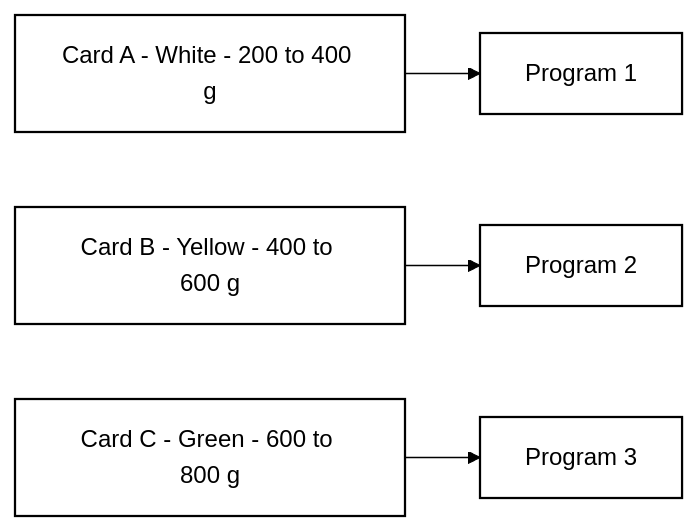
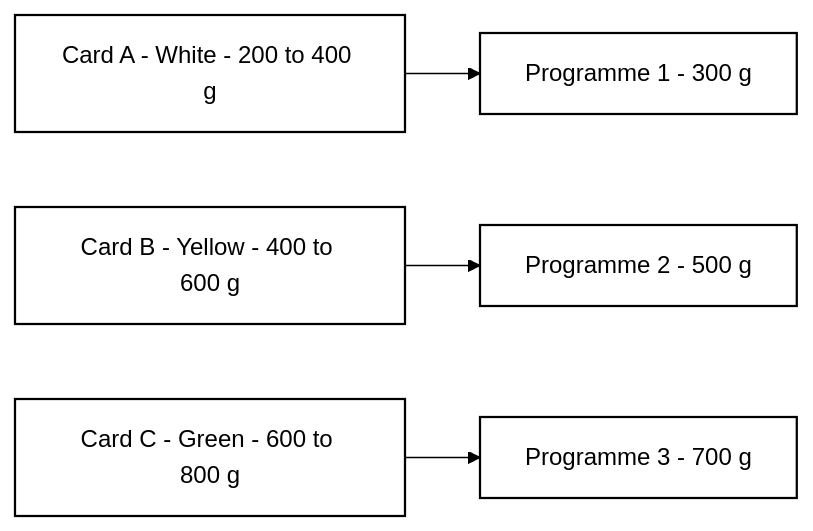
One commit to Teera235/INC-MINI-project changed the third of 5 diagrams in README.md. Above: the diagram before and after it, drawn with Mermaid. The commit also changed other lines of this file, not shown here.

Commit message:
Docs: update for no-calibration boot, card-resolved weight, live bit display, feed-forward fan

````diff
--- a/README.md
+++ b/README.md
@@ -131,10 +131,10 @@
 ```mermaid
 %%{init: {'theme':'base','themeVariables':{'primaryColor':'#ffffff','primaryBorderColor':'#000000','primaryTextColor':'#000000','lineColor':'#000000','secondaryColor':'#f5f5f5','clusterBkg':'#fafafa','clusterBorder':'#000000'}}}%%
 flowchart LR
-    CA[Card A - White - 200 to 400 g] --> P1[Program 1]
-    CB[Card B - Yellow - 400 to 600 g] --> P2[Program 2]
-    CC[Card C - Green - 600 to 800 g] --> P3[Program 3]
+    CA[Card A - White - 200 to 400 g] --> P1[Programme 1 - 300 g]
+    CB[Card B - Yellow - 400 to 600 g] --> P2[Programme 2 - 500 g]
+    CC[Card C - Green - 600 to 800 g] --> P3[Programme 3 - 700 g]
 
     classDef node fill:#ffffff,stroke:#000000,stroke-width:1.5px,color:#000000;
     class CA,CB,CC,P1,P2,P3 node;
 ```
````
